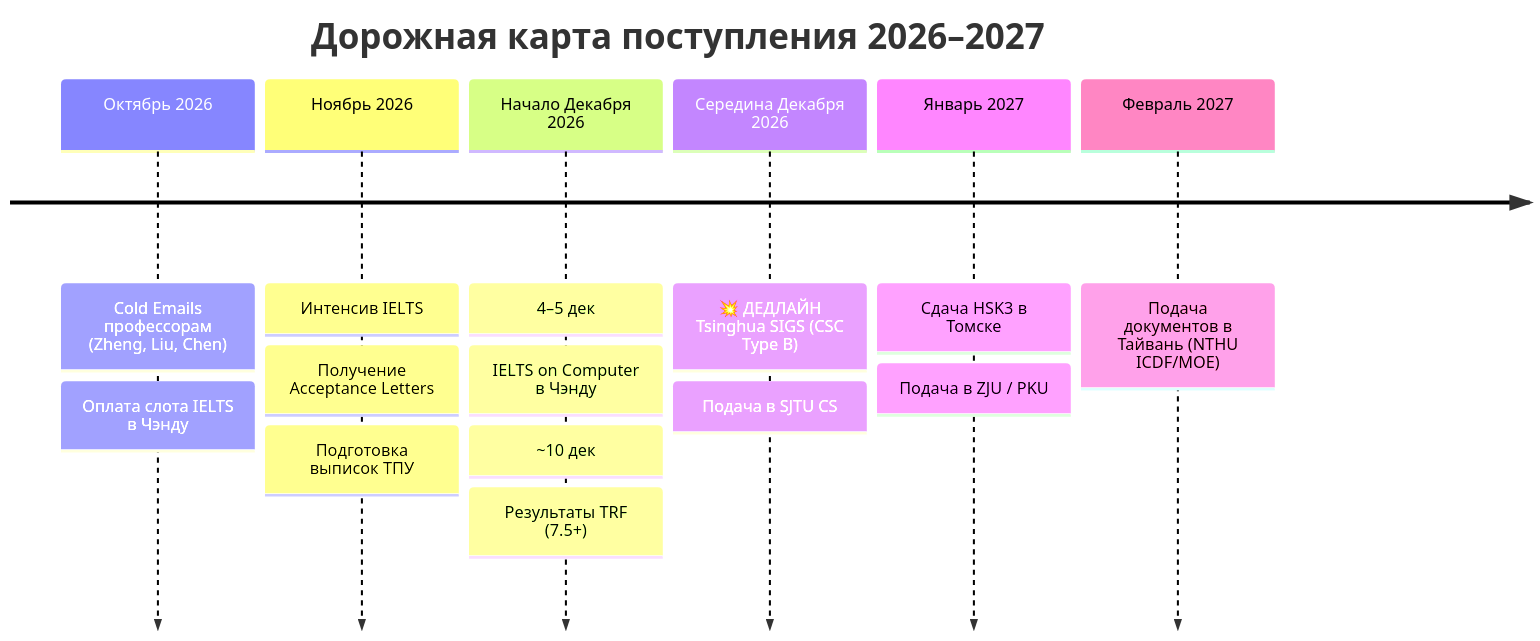
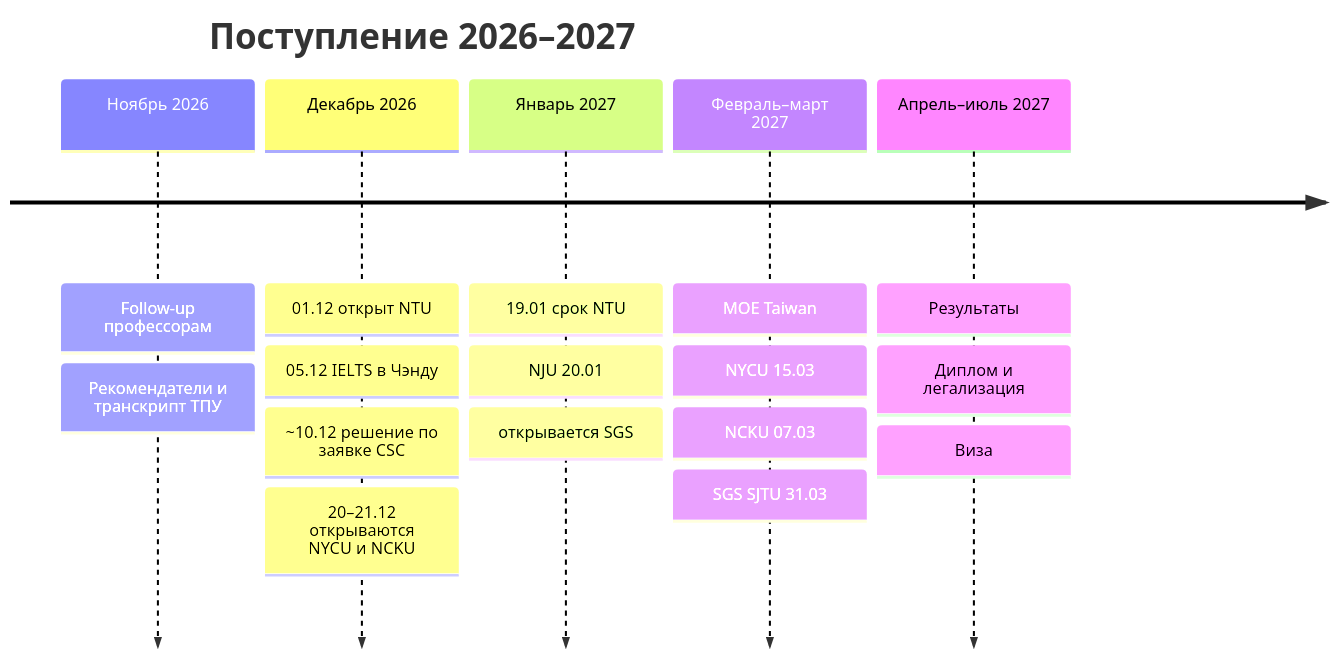
The diagram in README.md (ischademadda/masters-prep), drawn with Mermaid before and after one commit. The commit also changed other lines of this file and 30 other files, not shown here.

````diff
--- a/README.md
+++ b/README.md
@@ -90,10 +71,9 @@
 ```mermaid
 timeline
-    title Дорожная карта поступления 2026–2027
-    Октябрь 2026 : Cold Emails профессорам (Zheng, Liu, Chen) : Оплата слота IELTS в Чэнду
-    Ноябрь 2026 : Интенсив IELTS : Получение Acceptance Letters : Подготовка выписок ТПУ
-    Начало Декабря 2026 : 4–5 дек: IELTS on Computer в Чэнду : ~10 дек: Результаты TRF (7.5+)
-    Середина Декабря 2026 : 💥 ДЕДЛАЙН Tsinghua SIGS (CSC Type B) : Подача в SJTU CS
-    Январь 2027 : Сдача HSK3 в Томске : Подача в ZJU / PKU
-    Февраль 2027 : Подача документов в Тайвань (NTHU ICDF/MOE)
+    title Поступление 2026–2027
+    Ноябрь 2026 : Follow-up профессорам : Рекомендатели и транскрипт ТПУ
+    Декабрь 2026 : 01.12 открыт NTU : 05.12 IELTS в Чэнду : ~10.12 решение по заявке CSC : 20–21.12 открываются NYCU и NCKU
+    Январь 2027 : 19.01 срок NTU : NJU 20.01 : открывается SGS
+    Февраль–март 2027 : MOE Taiwan : NYCU 15.03 : NCKU 07.03 : SGS SJTU 31.03
+    Апрель–июль 2027 : Результаты : Диплом и легализация : Виза
 ```
````
